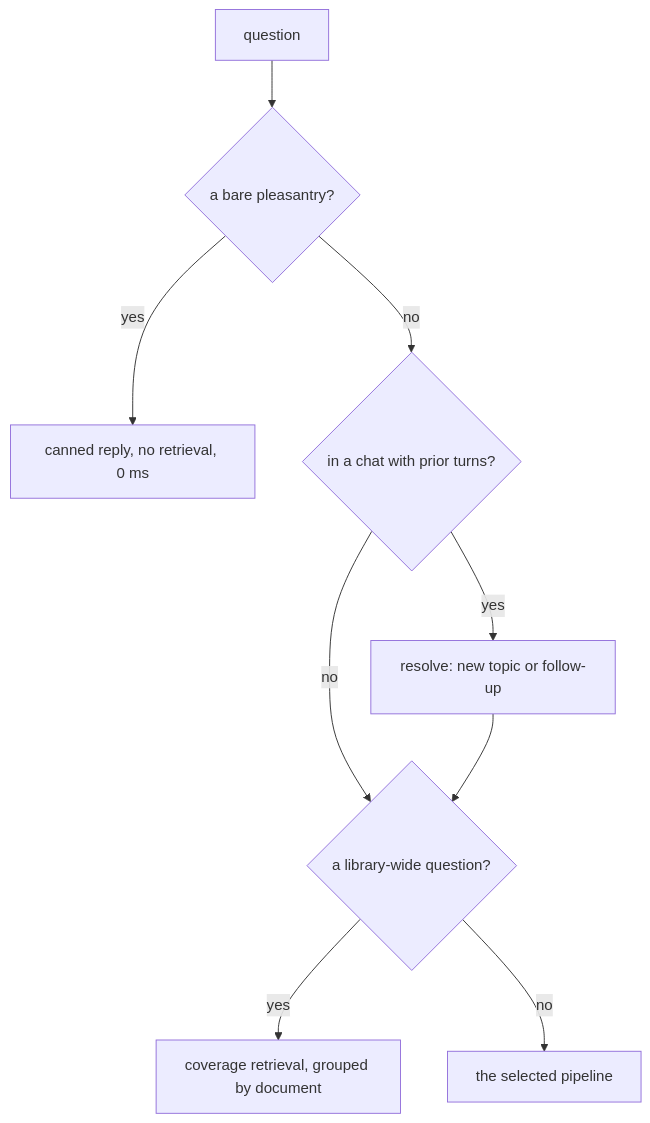
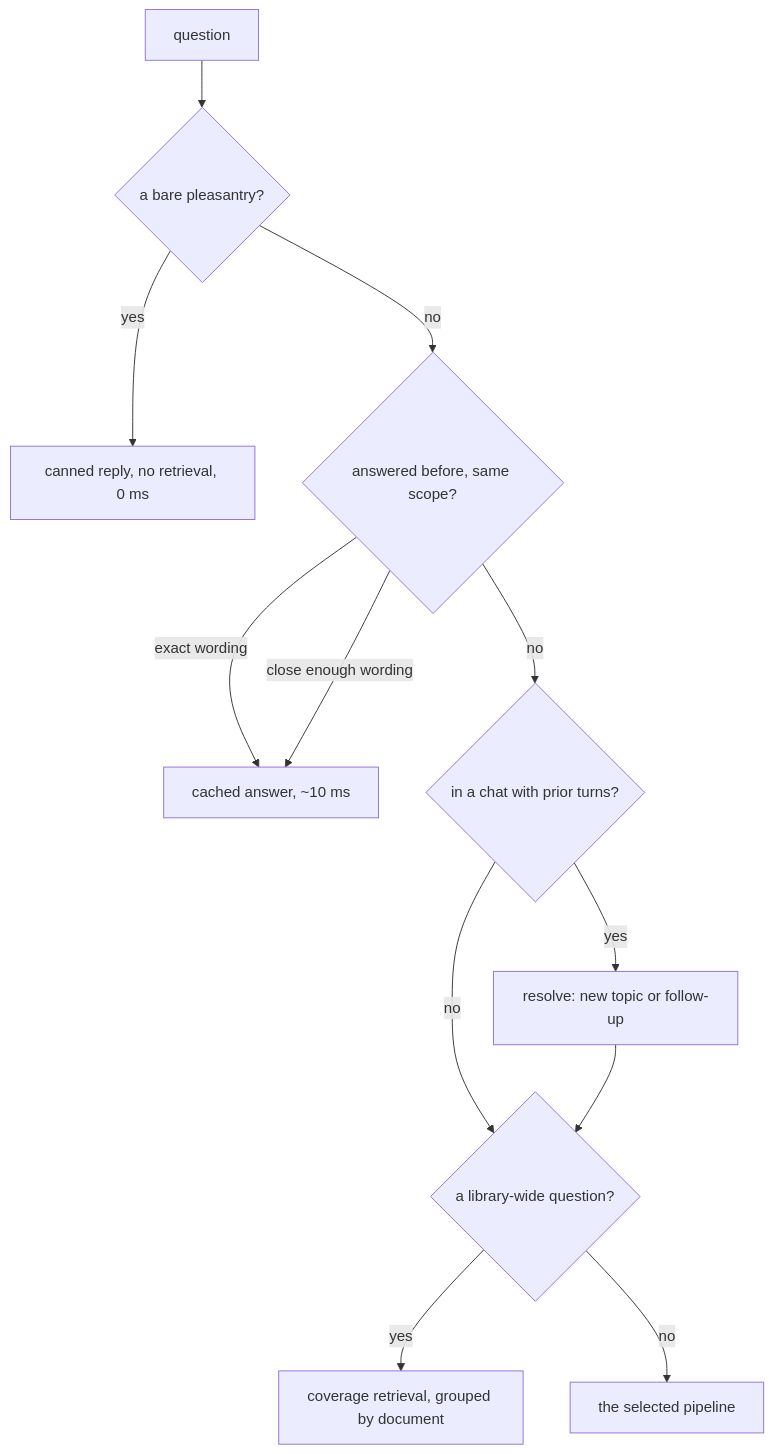
The second of 5 diagrams in WORKFLOW.md (SathvikTati/SmartDoc), drawn with Mermaid before and after one commit. The commit also changed other lines of this file and 2 other files, not shown here.

First line of the commit message:
docs: OCR, the answer cache, and the measurements behind them

````diff
--- a/WORKFLOW.md
+++ b/WORKFLOW.md
@@ -229,11 +244,14 @@
 ```mermaid
 flowchart TD
     Q[question] --> SM{a bare pleasantry?}
     SM -->|yes| CANNED[canned reply, no retrieval, 0 ms]
-    SM -->|no| CONV{in a chat with prior turns?}
+    SM -->|no| CA{answered before, same scope?}
+    CA -->|exact wording| HIT[cached answer, ~10 ms]
+    CA -->|close enough wording| HIT
+    CA -->|no| CONV{in a chat with prior turns?}
     CONV -->|yes| RES[resolve: new topic or follow-up]
     CONV -->|no| AGG
     RES --> AGG{a library-wide question?}
     AGG -->|yes| COV[coverage retrieval, grouped by document]
     AGG -->|no| PIPE[the selected pipeline]
 ```
````
